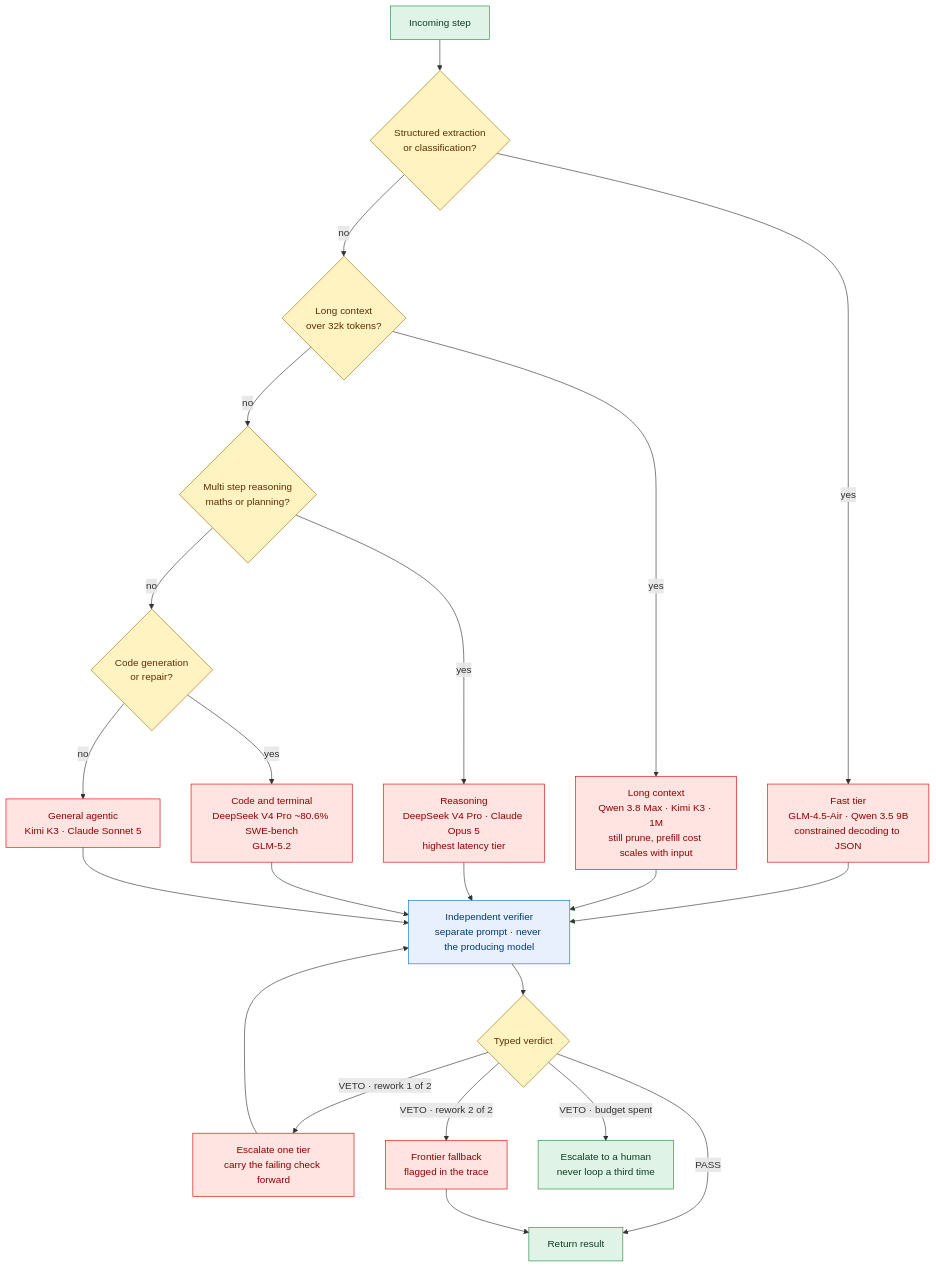
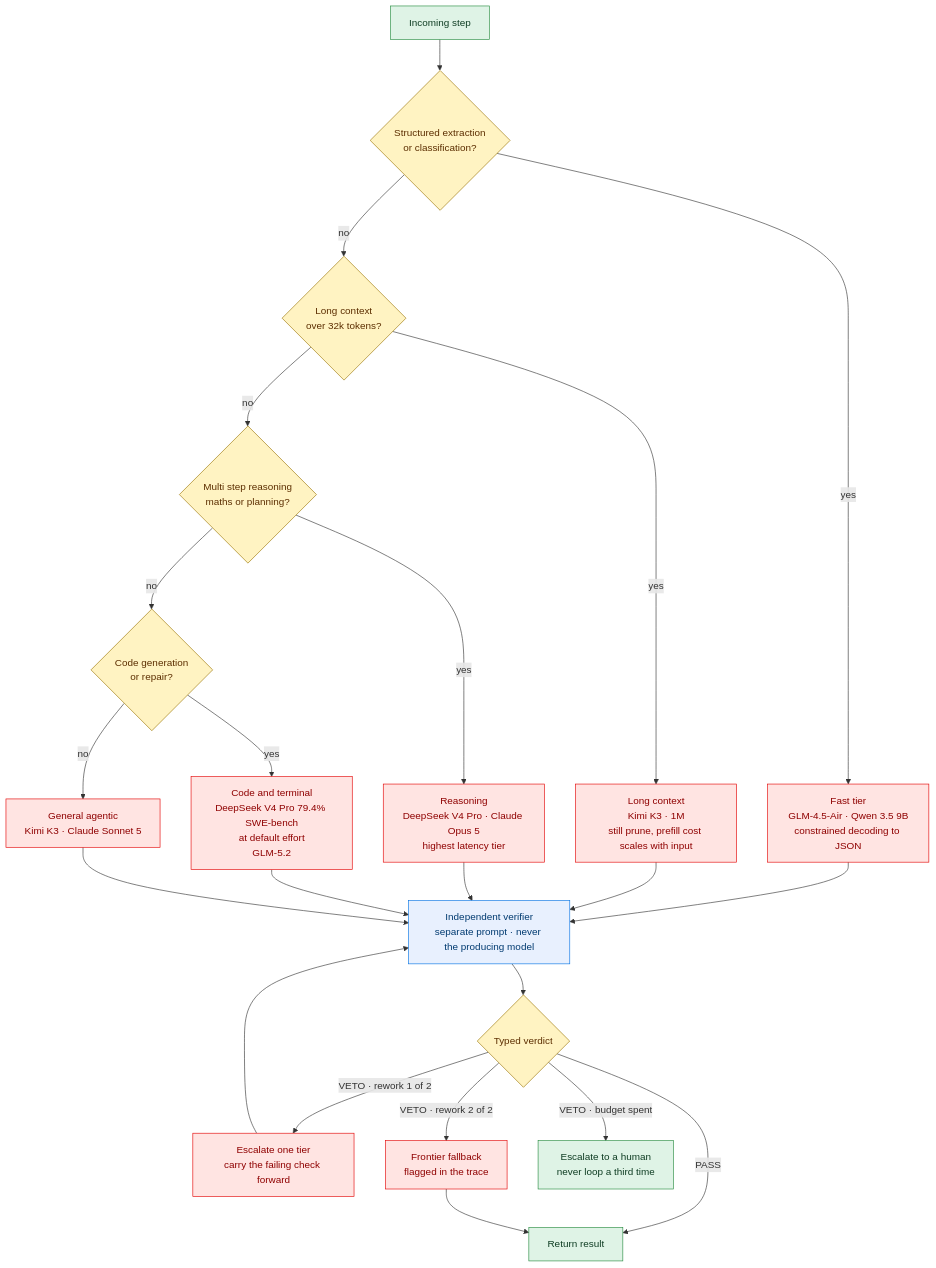
Before and after one commit to mlvpatel/open-weight-agent-stack: the sixth of 18 diagrams in MANUAL.md, drawn with Mermaid. The commit also changed other lines of this file and 15 other files, not shown here.

````diff
--- a/MANUAL.md
+++ b/MANUAL.md
@@ -605,36 +619,36 @@
 ```mermaid
 flowchart TB
     S["Incoming step"] --> C1{"Structured extraction<br/>or classification?"}
     C1 -->|yes| SMALL["Fast tier<br/>GLM-4.5-Air · Qwen 3.5 9B<br/>constrained decoding to JSON"]
     C1 -->|no| C2{"Long context<br/>over 32k tokens?"}
-    C2 -->|yes| LONG["Long context<br/>Qwen 3.8 Max · Kimi K3 · 1M<br/>still prune, prefill cost scales with input"]
+    C2 -->|yes| LONG["Long context<br/>Kimi K3 · 1M<br/>still prune, prefill cost scales with input"]
     C2 -->|no| C3{"Multi step reasoning<br/>maths or planning?"}
     C3 -->|yes| REASON["Reasoning<br/>DeepSeek V4 Pro · Claude Opus 5<br/>highest latency tier"]
     C3 -->|no| C4{"Code generation<br/>or repair?"}
-    C4 -->|yes| CODE["Code and terminal<br/>DeepSeek V4 Pro ~80.6% SWE-bench<br/>GLM-5.2"]
+    C4 -->|yes| CODE["Code and terminal<br/>DeepSeek V4 Pro 79.4% SWE-bench<br/>at default effort<br/>GLM-5.2"]
     C4 -->|no| GEN["General agentic<br/>Kimi K3 · Claude Sonnet 5"]
 
     SMALL --> V["Independent verifier<br/>separate prompt · never the producing model"]
     LONG --> V
     REASON --> V
     CODE --> V
     GEN --> V
 
     V --> Q{"Typed verdict"}
     Q -->|PASS| OUT["Return result"]
     Q -->|VETO · rework 1 of 2| UP["Escalate one tier<br/>carry the failing check forward"]
     UP --> V
     Q -->|VETO · rework 2 of 2| CLOUD["Frontier fallback<br/>flagged in the trace"]
     CLOUD --> OUT
     Q -->|VETO · budget spent| ESC["Escalate to a human<br/>never loop a third time"]
 
     classDef decision fill:#fff3c2,stroke:#997404,color:#5c2e00
     classDef model fill:#ffe4e2,stroke:#e30000,color:#8f0000
     classDef out fill:#dff3e6,stroke:#248a3d,color:#0f3d23
     classDef check fill:#e8f0fe,stroke:#0071e3,color:#003a70
 
     class C1,C2,C3,C4,Q decision
     class SMALL,LONG,REASON,CODE,GEN,UP,CLOUD model
     class V check
     class S,OUT,ESC out
 ```
````
